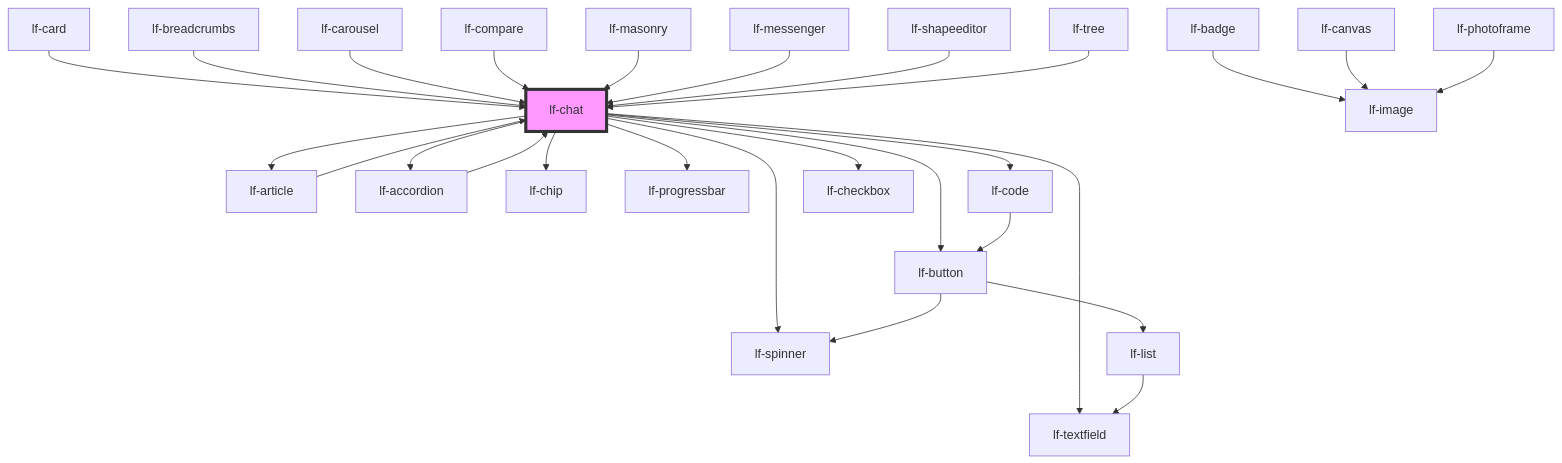
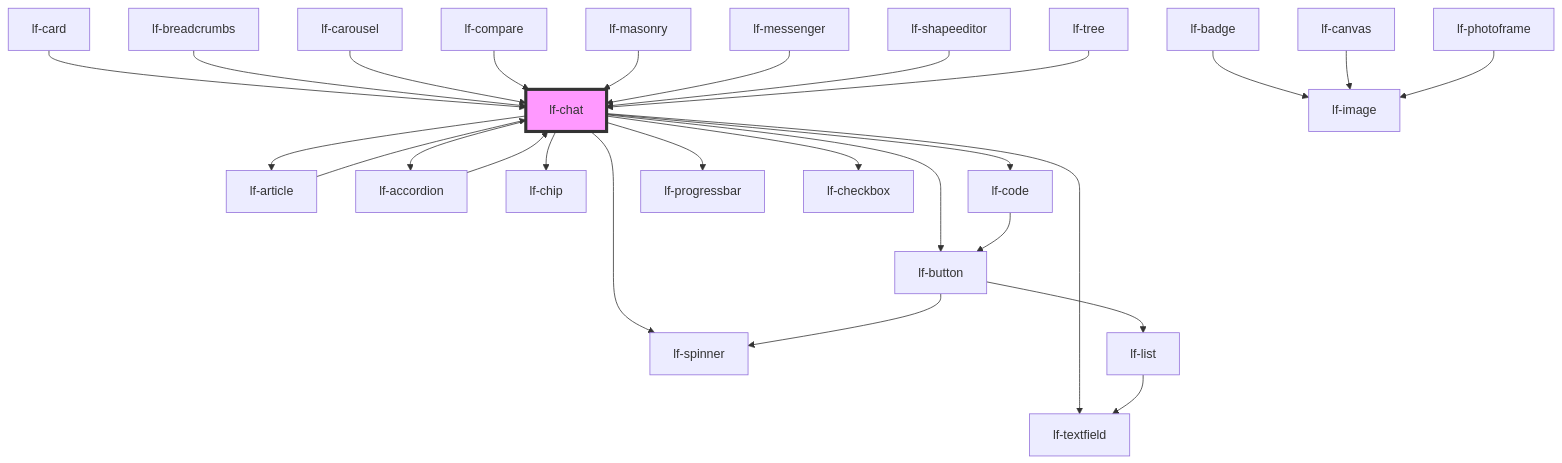
One commit to lucafoscili/lf-widgets changed the diagram in packages/core/src/components/lf-chat/readme.md. Above: the diagram before and after it, drawn with Mermaid. The commit also changed other lines of this file and 10 other files, not shown here.

````diff
--- a/packages/core/src/components/lf-chat/readme.md
+++ b/packages/core/src/components/lf-chat/readme.md
@@ -285,30 +285,30 @@
 ```mermaid
 graph TD;
   lf-chat --> lf-spinner
   lf-chat --> lf-article
   lf-chat --> lf-accordion
+  lf-chat --> lf-chip
   lf-chat --> lf-button
-  lf-chat --> lf-chip
   lf-chat --> lf-textfield
+  lf-chat --> lf-code
   lf-chat --> lf-progressbar
-  lf-chat --> lf-code
   lf-chat --> lf-checkbox
   lf-article --> lf-chat
   lf-accordion --> lf-chat
   lf-badge --> lf-image
   lf-button --> lf-list
   lf-button --> lf-spinner
   lf-list --> lf-textfield
   lf-canvas --> lf-image
   lf-card --> lf-chat
   lf-code --> lf-button
   lf-photoframe --> lf-image
   lf-breadcrumbs --> lf-chat
   lf-carousel --> lf-chat
   lf-compare --> lf-chat
   lf-masonry --> lf-chat
   lf-messenger --> lf-chat
   lf-shapeeditor --> lf-chat
   lf-tree --> lf-chat
   style lf-chat fill:#f9f,stroke:#333,stroke-width:4px
 ```
````
